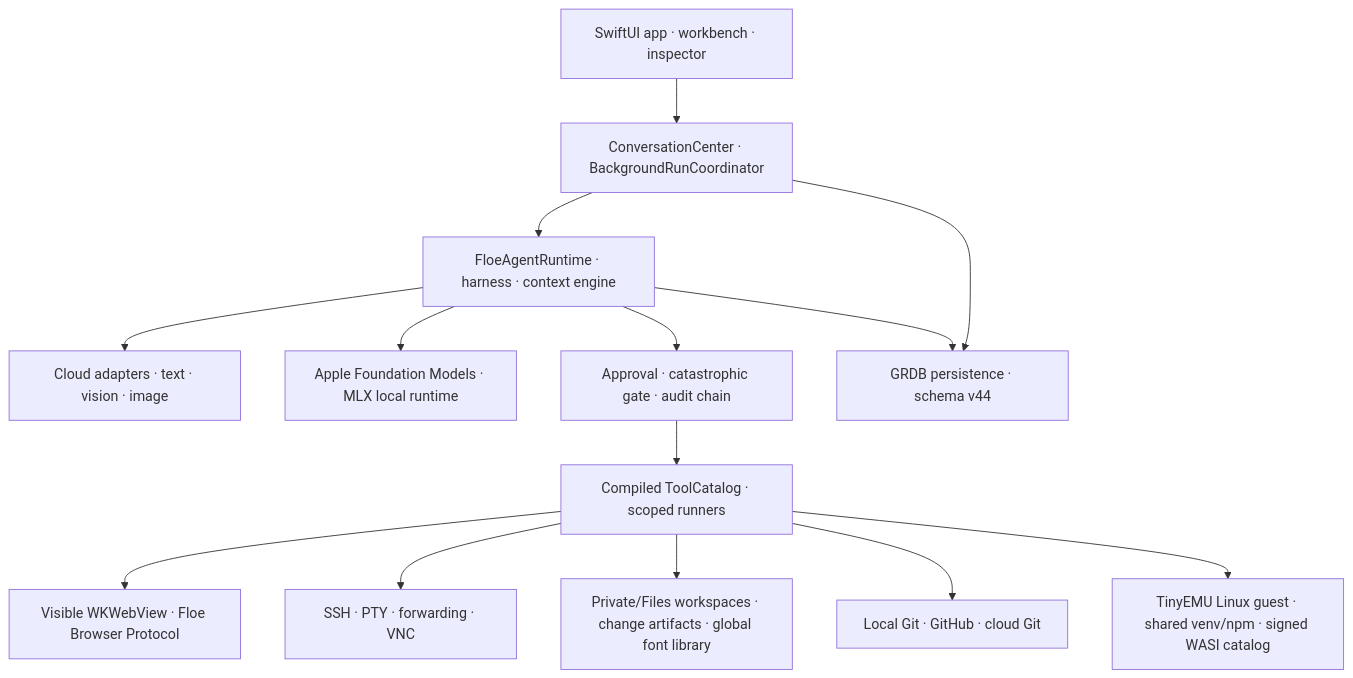
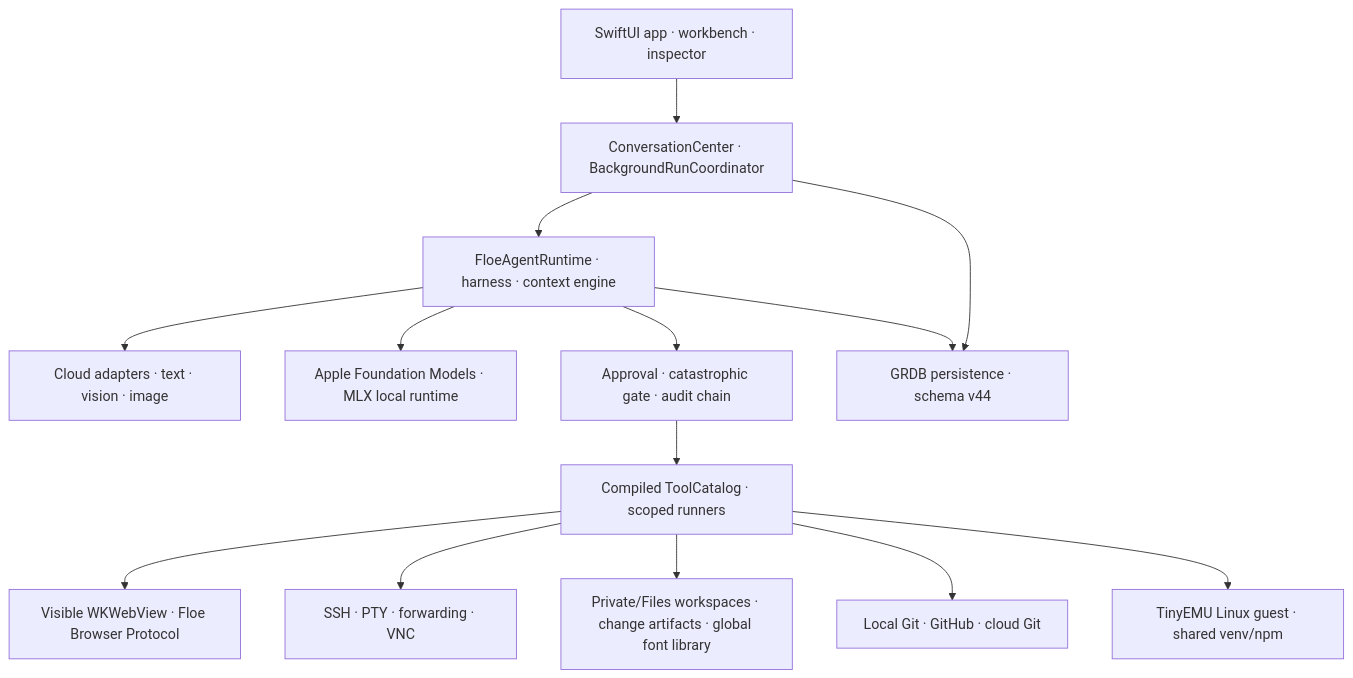
Before and after one commit to JiangNanGenius/floe-agent: the first of 2 diagrams in docs/ARCHITECTURE_OVERVIEW.md, drawn with Mermaid. The commit also changed other lines of this file and 41 other files, not shown here.

````diff
--- a/docs/ARCHITECTURE_OVERVIEW.md
+++ b/docs/ARCHITECTURE_OVERVIEW.md
@@ -30,30 +37,30 @@
 ```mermaid
 flowchart TB
     UI["SwiftUI app · workbench · inspector"]
     CENTER["ConversationCenter · BackgroundRunCoordinator"]
     RUNTIME["FloeAgentRuntime · harness · context engine"]
     PROVIDERS["Cloud adapters · text · vision · image"]
     LOCAL["Apple Foundation Models · MLX local runtime"]
     TOOLS["Compiled ToolCatalog · scoped runners"]
     PERSIST["GRDB persistence · schema v44"]
     SECURITY["Approval · catastrophic gate · audit chain"]
     BROWSER["Visible WKWebView · Floe Browser Protocol"]
     REMOTE["SSH · PTY · forwarding · VNC"]
     FILES["Private/Files workspaces · change artifacts · global font library"]
     GIT["Local Git · GitHub · cloud Git"]
-    LINUX["TinyEMU Linux guest · shared venv/npm · signed WASI catalog"]
+    LINUX["TinyEMU Linux guest · shared venv/npm"]
 
     UI --> CENTER
     CENTER --> RUNTIME
     CENTER --> PERSIST
     RUNTIME --> PROVIDERS
     RUNTIME --> LOCAL
     RUNTIME --> SECURITY
     SECURITY --> TOOLS
     TOOLS --> BROWSER
     TOOLS --> REMOTE
     TOOLS --> FILES
     TOOLS --> GIT
     TOOLS --> LINUX
     RUNTIME --> PERSIST
 ```
````
